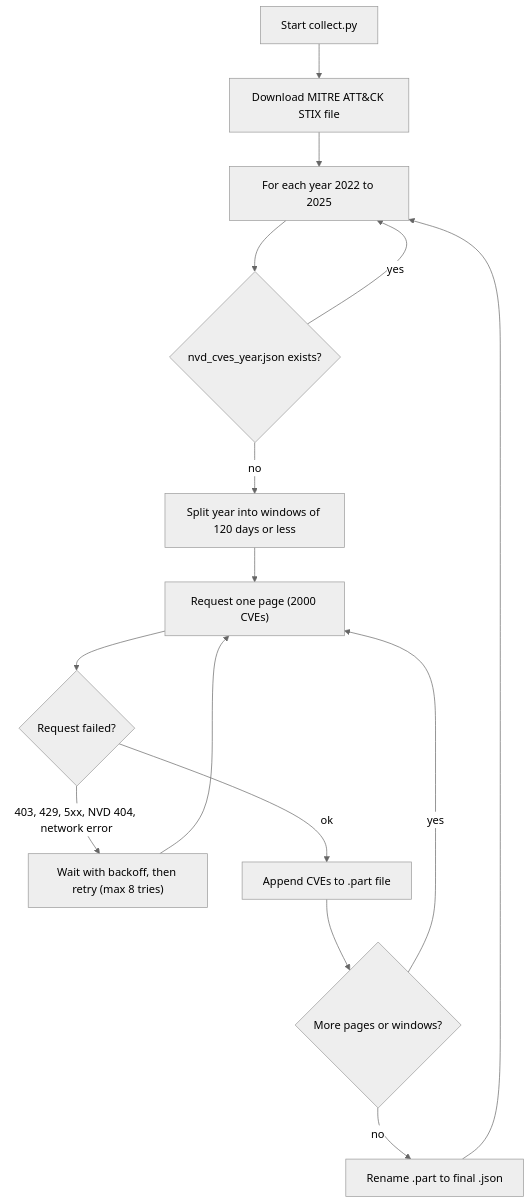
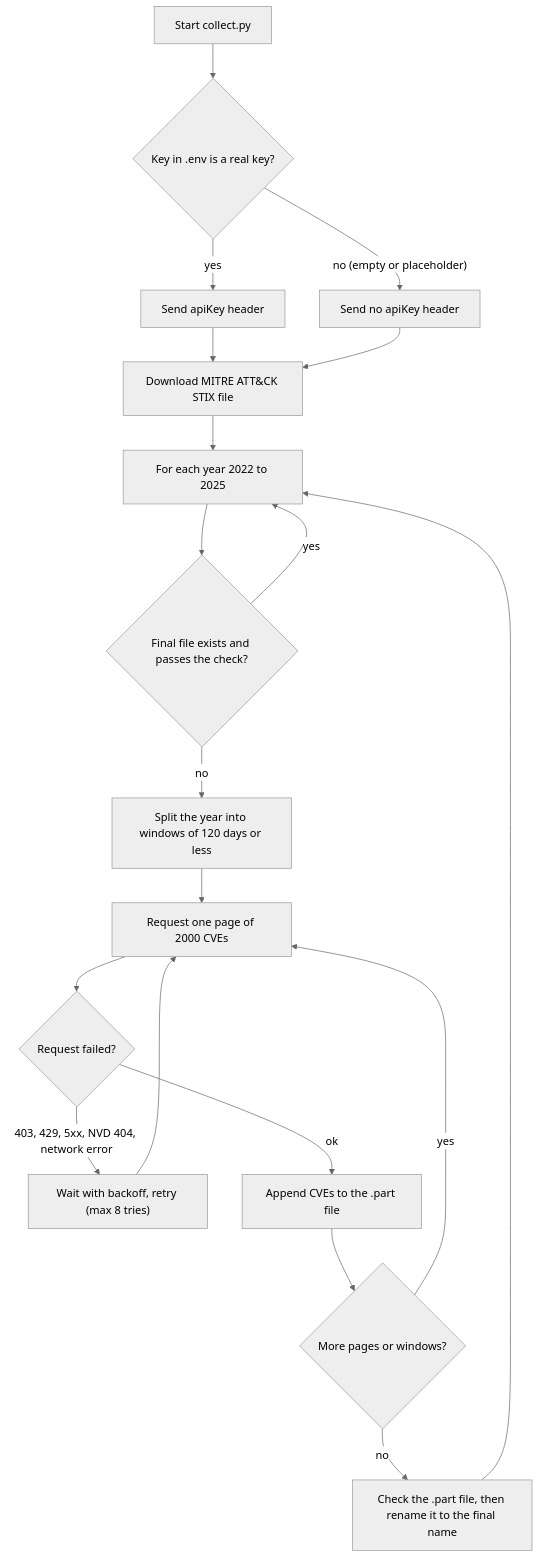
The diagram in docs/stage-02-data-collection/README.md (preetik92002-tech/llm-finetune-cyber), drawn with Mermaid (neutral theme) before and after one commit. The commit also changed other lines of this file and 33 other files, not shown here.

Commit message:
docs: add root README, journal and errors-and-fixes log add metrics ledger and stage READMEs feat(docs): generate charts from stats files

````diff
--- a/docs/stage-02-data-collection/README.md
+++ b/docs/stage-02-data-collection/README.md
@@ -23,17 +22,21 @@
 ```mermaid
 flowchart TD
-    A["Start collect.py"] --> B["Download MITRE ATT&CK STIX file"]
+    A["Start collect.py"] --> K{"Key in .env is a real key?"}
+    K -- yes --> H1["Send apiKey header"]
+    K -- "no (empty or placeholder)" --> H2["Send no apiKey header"]
+    H1 --> B["Download MITRE ATT&CK STIX file"]
+    H2 --> B
     B --> C["For each year 2022 to 2025"]
-    C --> D{"nvd_cves_year.json exists?"}
+    C --> D{"Final file exists and passes the check?"}
     D -- yes --> C
-    D -- no --> E["Split year into windows of 120 days or less"]
-    E --> F["Request one page (2000 CVEs)"]
+    D -- no --> E["Split the year into windows of 120 days or less"]
+    E --> F["Request one page of 2000 CVEs"]
     F --> G{"Request failed?"}
-    G -- "403, 429, 5xx, NVD 404, network error" --> H["Wait with backoff, then retry (max 8 tries)"]
-    H --> F
-    G -- ok --> I["Append CVEs to .part file"]
-    I --> J{"More pages or windows?"}
-    J -- yes --> F
-    J -- no --> K["Rename .part to final .json"]
-    K --> C
+    G -- "403, 429, 5xx, NVD 404, network error" --> I["Wait with backoff, retry (max 8 tries)"]
+    I --> F
+    G -- ok --> J["Append CVEs to the .part file"]
+    J --> L{"More pages or windows?"}
+    L -- yes --> F
+    L -- no --> M["Check the .part file, then rename it to the final name"]
+    M --> C
 ```
````
